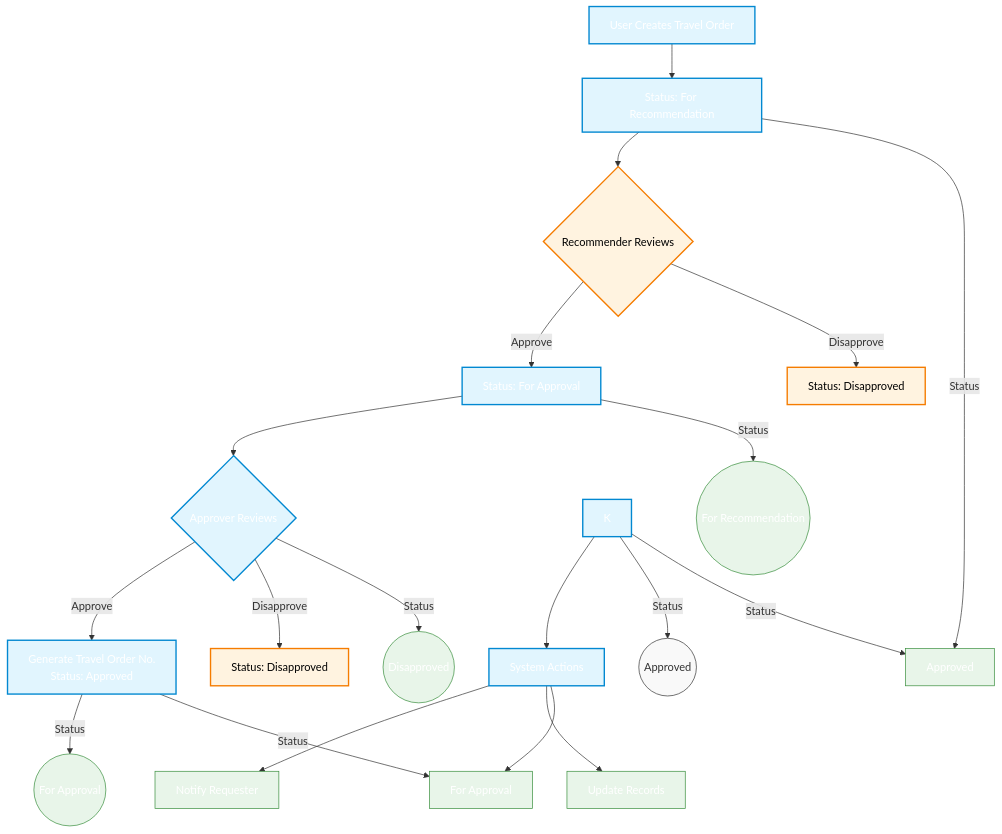
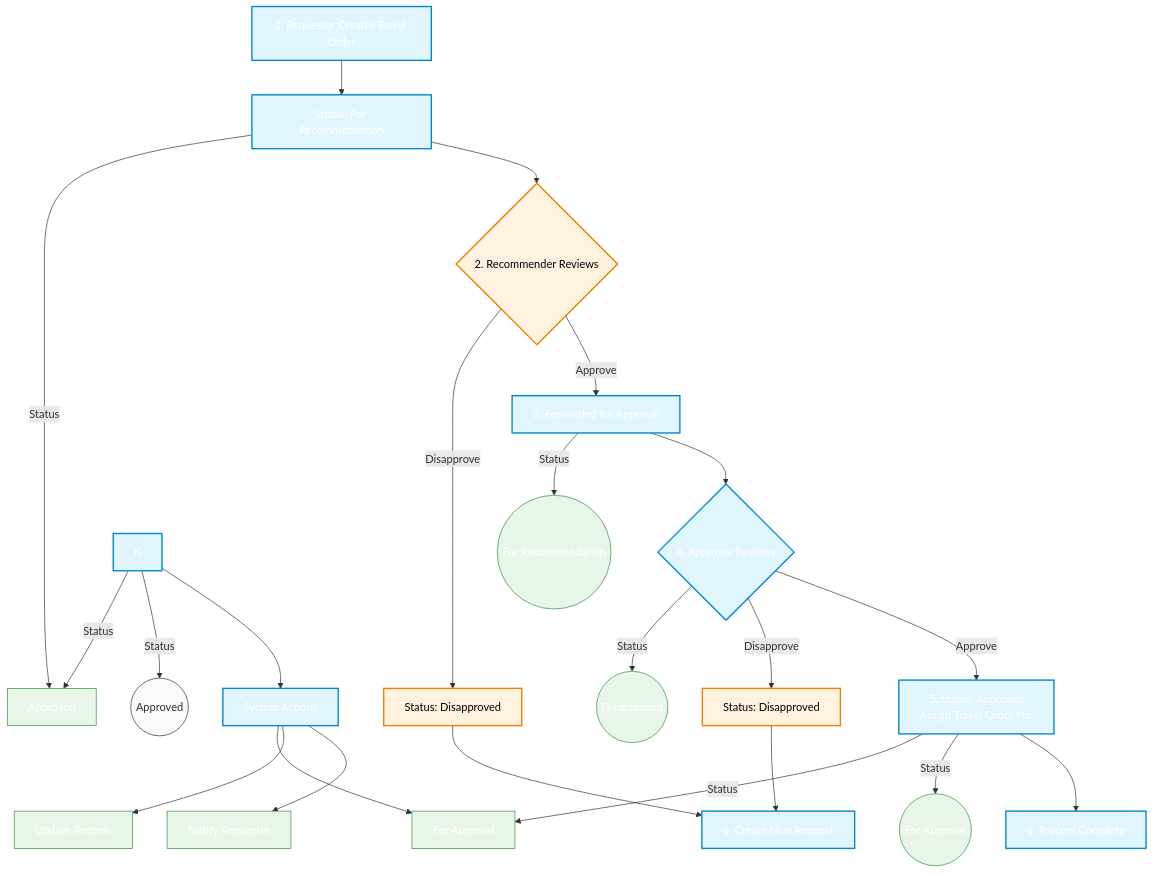
One commit to brandon3sican/denr_travel_order changed the first of 2 diagrams in docs/flow-chart.md. Above: the diagram before and after it, drawn with Mermaid. The commit also changed other lines of this file, not shown here.

Commit message:
Update the flowchart

````diff
--- a/docs/flow-chart.md
+++ b/docs/flow-chart.md
@@ -5,63 +5,69 @@
 ```mermaid
 flowchart TD
-    A[User Creates Travel Order] --> B[Status: For Recommendation]
+    %% Step 1: Create Travel Order
+    A[1. Requester Creates Travel Order] --> B[Status: For Recommendation]
     
-    %% Recommendation Phase
-    B --> C{Recommender Reviews}
-    C -->|Approve| D[Status: For Approval]
+    %% Step 2 & 3: Recommender Review
+    B --> C{2. Recommender Reviews}
+    C -->|Approve| D[3. Forwarded for Approval]
     C -->|Disapprove| E[Status: Disapproved]
     
-    %% Approval Phase
-    D --> F{Approver Reviews}
-    F -->|Approve| G[Generate Travel Order No.\nStatus: Approved]
+    %% Step 4 & 5: Approver Review
+    D --> F{4. Approver Reviews}
+    F -->|Approve| G[5. Status: Approved\nAssign Travel Order No.]
     F -->|Disapprove| H[Status: Disapproved]
+    
+    %% Step 6: End States
+    E --> I[6. Create New Request]
+    H --> I
+    G --> J[6. Process Complete]
     
     %% Styling
     classDef default fill:#f9f9f9,stroke:#333,stroke-width:1px
     classDef process fill:#e1f5fe,stroke:#0288d1,stroke-width:2px
     classDef decision fill:#fff3e0,stroke:#f57c00,stroke-width:2px
     classDef status fill:#e8f5e9,stroke:#388e3c,stroke-width:1px
     classDef rejected fill:#ffebee,stroke:#c62828,stroke-width:1px
     
     class A,B,D process
     class C,F decision
     class G status
     class E,H rejected
     
     %% Post-Approval Actions
     K --> L[System Actions]
     L --> M[Notify Requester]
     L --> N[Update Records]
     L --> O[Generate Official Documents]
     
     %% Status Tracking
     B -->|Status| P((Draft))
     D -->|Status| Q((For Recommendation))
     F -->|Status| R((Disapproved))
     G -->|Status| S((For Approval))
     K -->|Status| T((Approved))
     
     %% Styling
     classDef startend fill:#4caf50,stroke:#2e7d32,color:white,stroke-width:2px
     classDef process fill:#2196f3,stroke:#0d47a1,color:white,stroke-width:2px
     classDef decision fill:#ff9800,stroke:#e65100,color:black,stroke-width:2px
     classDef status fill:#9c27b0,stroke:#4a148c,color:white,stroke-width:2px
     classDef system fill:#607d8b,stroke:#263238,color:white,stroke-width:2px
     
     class A startend
     class B,C,D,E,F,G,H,I,J,K,L,M,N,O process
     class P,Q,R,S status
     class L system
     G -->|Status| O[For Approval]
     K -->|Status| P[Approved]
     
     %% Styling
     classDef default fill:#f9f9f9,stroke:#333,stroke-width:1px;
     classDef process fill:#e1f5fe,stroke:#0288d1,stroke-width:2px;
     classDef decision fill:#fff3e0,stroke:#f57c00,stroke-width:2px;
     classDef status fill:#e8f5e9,stroke:#388e3c,stroke-width:1px;
     
     class A,B,D,G,J,L process;
     class C,E,H decision;
     class M,N,O,P status;
 ```
````
